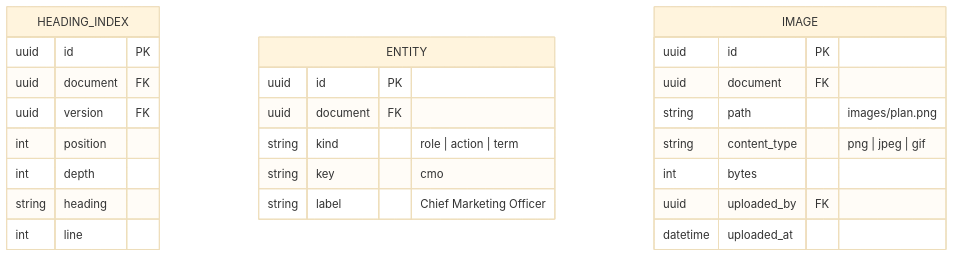
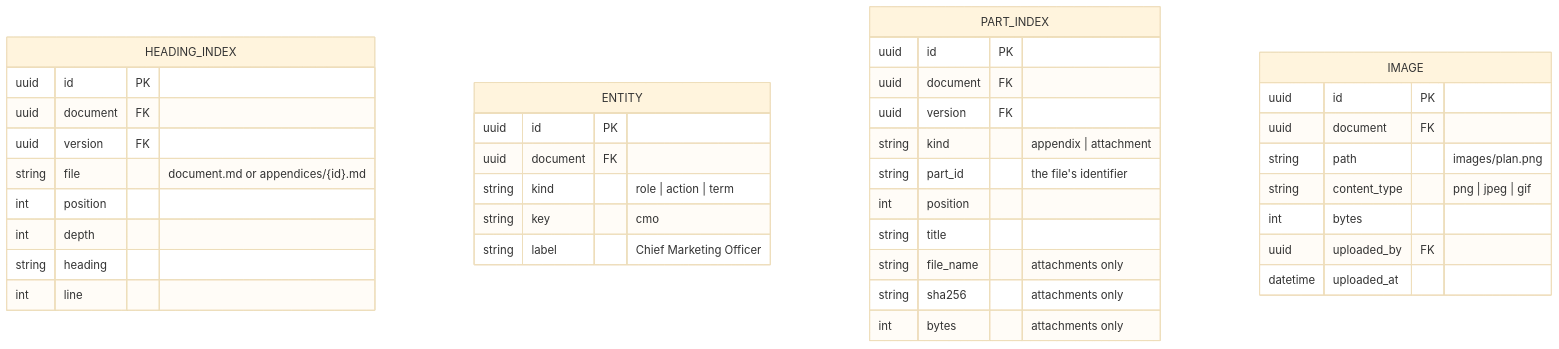
The fourth of 5 diagrams in docs/data-model.md (Oleksii-Zagorskyi/syngraphe), drawn with Mermaid (base theme) before and after one commit. The commit also changed other lines of this file and 16 other files, not shown here.

First line of the commit message:
document shape: appendices, attachments, section editing (DL-0164–DL-0180)

````diff
--- a/docs/data-model.md
+++ b/docs/data-model.md
@@ -273,28 +309,41 @@
 ```mermaid
 erDiagram
     HEADING_INDEX {
         uuid id PK
         uuid document FK
         uuid version FK
+        string file "document.md or appendices/{id}.md"
         int position
         int depth
         string heading
         int line
     }
     ENTITY {
         uuid id PK
         uuid document FK
         string kind "role | action | term"
         string key "cmo"
         string label "Chief Marketing Officer"
     }
+    PART_INDEX {
+        uuid id PK
+        uuid document FK
+        uuid version FK
+        string kind "appendix | attachment"
+        string part_id "the file's identifier"
+        int position
+        string title
+        string file_name "attachments only"
+        string sha256 "attachments only"
+        int bytes "attachments only"
+    }
     IMAGE {
         uuid id PK
         uuid document FK
         string path "images/plan.png"
         string content_type "png | jpeg | gif"
         int bytes
         uuid uploaded_by FK
         datetime uploaded_at
     }
 ```
````
